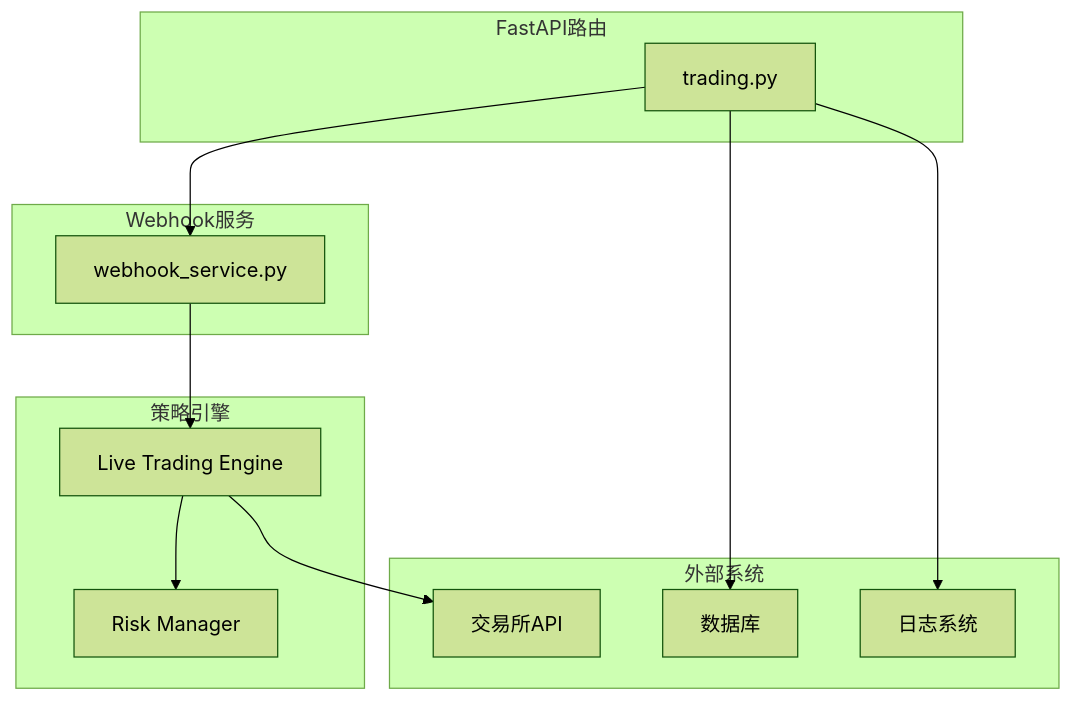
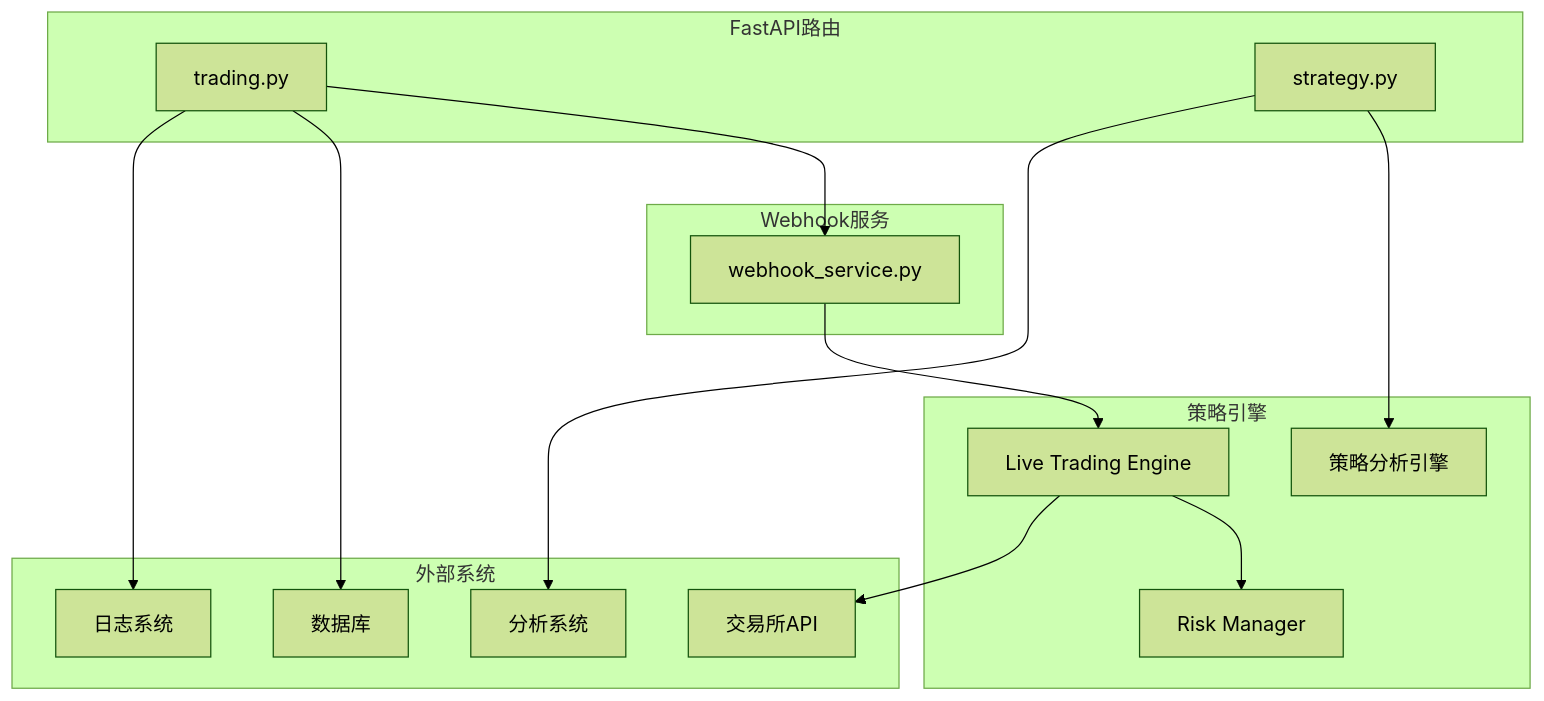
One commit to zyf266/ending changed the ninth of 9 diagrams in .qoder/repowiki/zh/content/可视化界面/交易控制界面.md. Above: the diagram before and after it, drawn with Mermaid (forest theme). The commit also changed other lines of this file and 63 other files, not shown here.

````diff
--- a/.qoder/repowiki/zh/content/可视化界面/交易控制界面.md
+++ b/.qoder/repowiki/zh/content/可视化界面/交易控制界面.md
@@ -336,24 +437,29 @@
 ```mermaid
 graph TB
 subgraph "FastAPI路由"
 A[trading.py]
+B[strategy.py]
 end
 subgraph "Webhook服务"
-B[webhook_service.py]
+C[webhook_service.py]
 end
 subgraph "策略引擎"
-C[Live Trading Engine]
-D[Risk Manager]
+D[Live Trading Engine]
+E[Risk Manager]
+F[策略分析引擎]
 end
 subgraph "外部系统"
-E[交易所API]
-F[数据库]
-G[日志系统]
+G[交易所API]
+H[数据库]
+I[日志系统]
+J[分析系统]
 end
-A --> B
-A --> F
-B --> C
+A --> C
+A --> H
+B --> F
 C --> D
-C --> E
-A --> G
+D --> E
+D --> G
+B --> J
+A --> I
 ```
````
